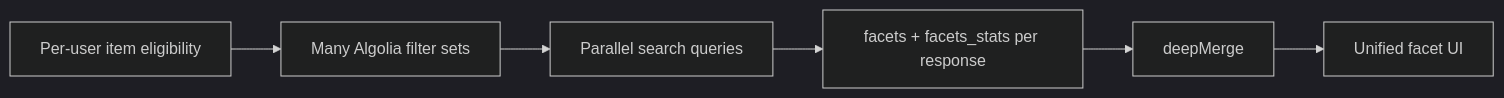
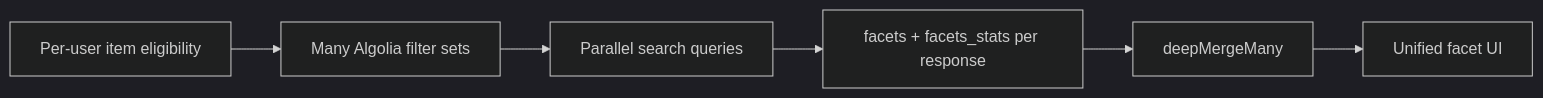
Before and after one commit to Latnac/deep-merge-many: the diagram in README.md, drawn with Mermaid (dark theme). The commit also changed other lines of this file and 7 other files, not shown here.

Commit message:
change name for deepMergeMany

````diff
--- a/README.md
+++ b/README.md
@@ -29,10 +29,10 @@
 ```mermaid
 flowchart LR
   eligibility[Per-user item eligibility]
   filters[Many Algolia filter sets]
   queries[Parallel search queries]
   meta["facets + facets_stats per response"]
-  merge[deepMerge]
+  merge[deepMergeMany]
   ui[Unified facet UI]
   eligibility --> filters --> queries --> meta --> merge --> ui
 ```
````
